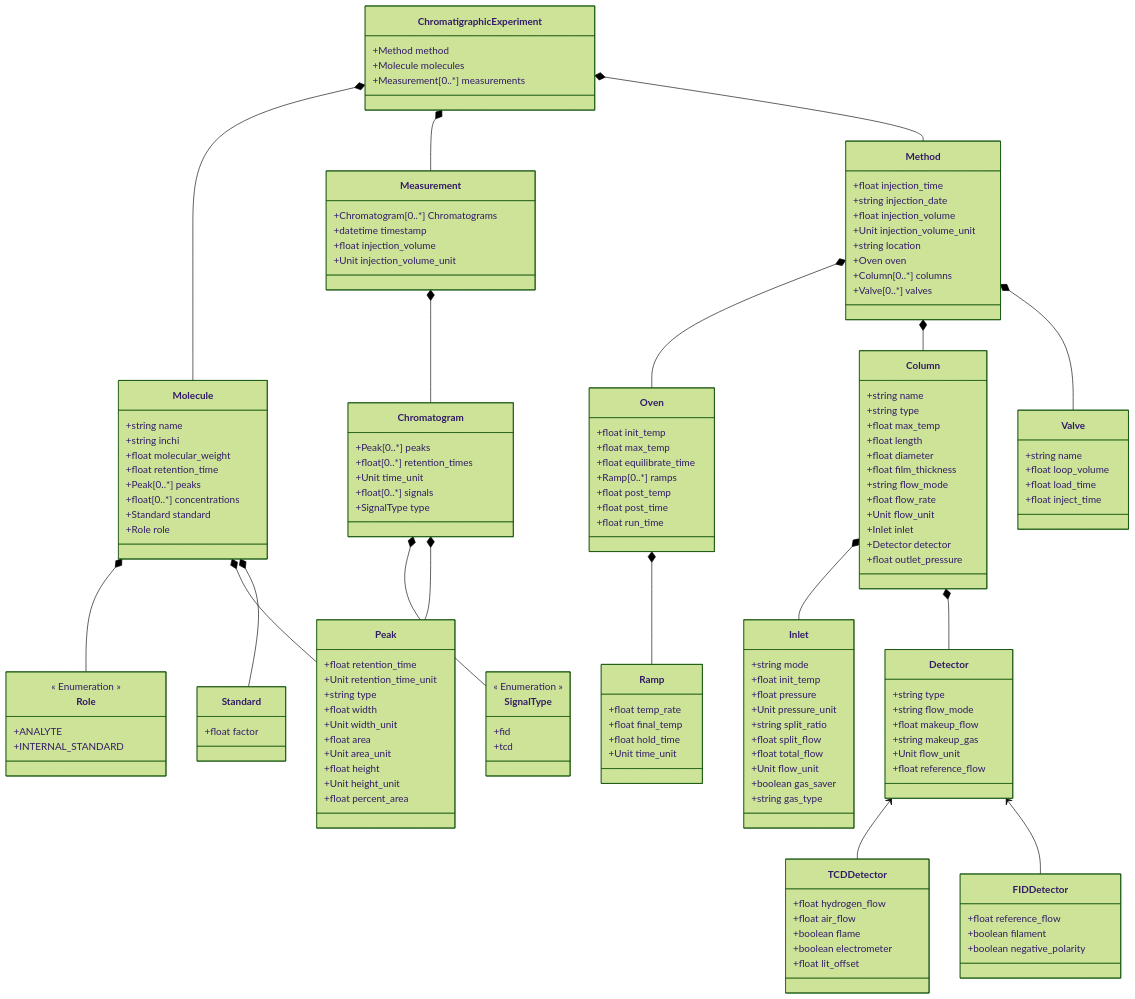
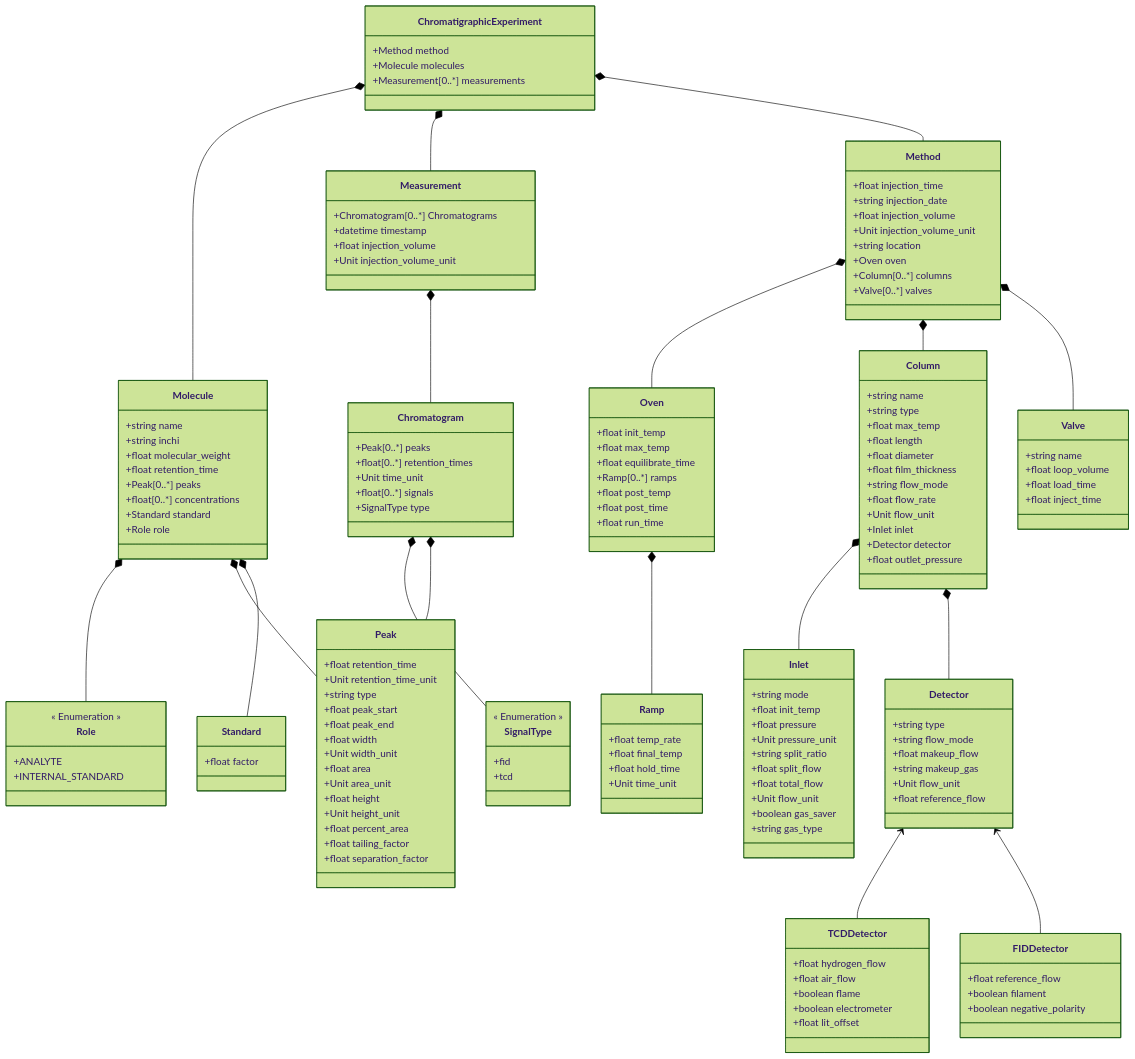
One commit to FAIRChemistry/chromatopy changed the diagram in chromatopy/schemes/chromatopy_schema.md. Above: the diagram before and after it, drawn with Mermaid (forest theme). The commit also changed 16 other files, not shown here.

```diff
--- a/chromatopy/schemes/chromatopy_schema.md
+++ b/chromatopy/schemes/chromatopy_schema.md
@@ -54,6 +54,8 @@
         +float retention_time
         +Unit retention_time_unit
         +string type
+        +float peak_start
+        +float peak_end
         +float width
         +Unit width_unit
         +float area
@@ -61,6 +63,8 @@
         +float height
         +Unit height_unit
         +float percent_area
+        +float tailing_factor
+        +float separation_factor
     }
     
     class Standard {
```
